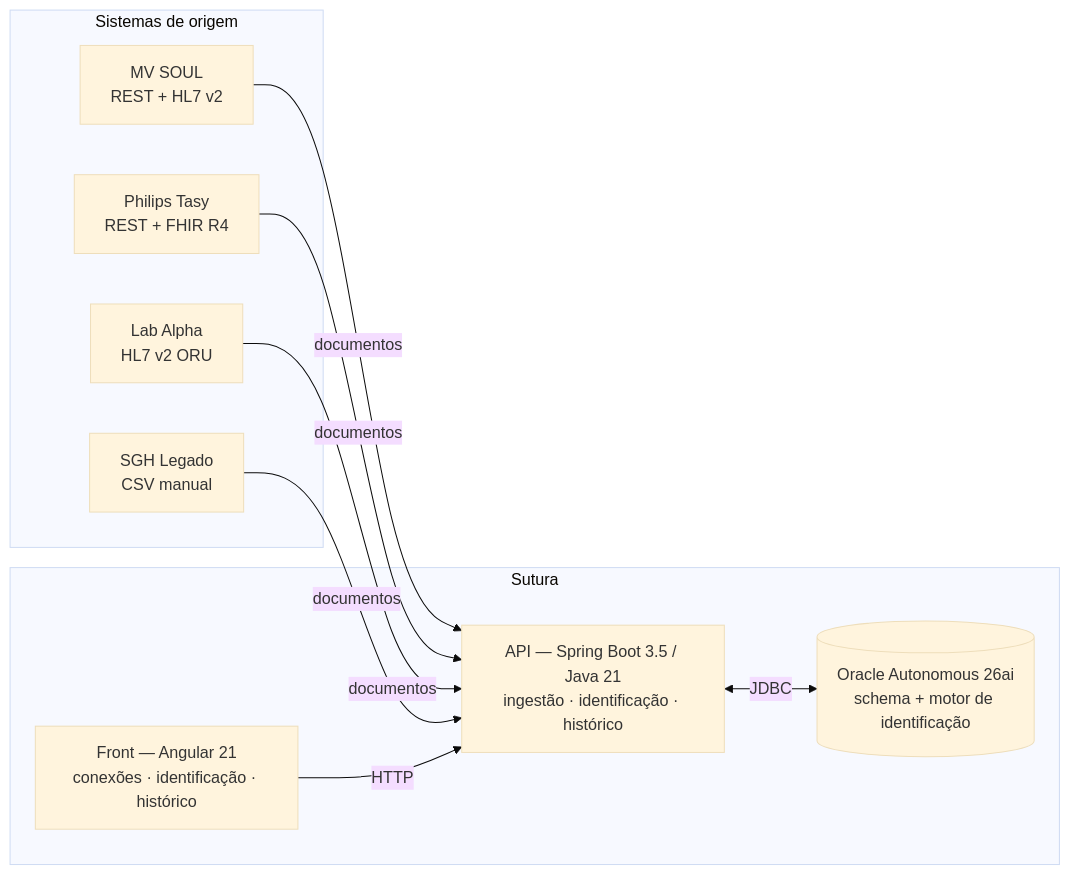
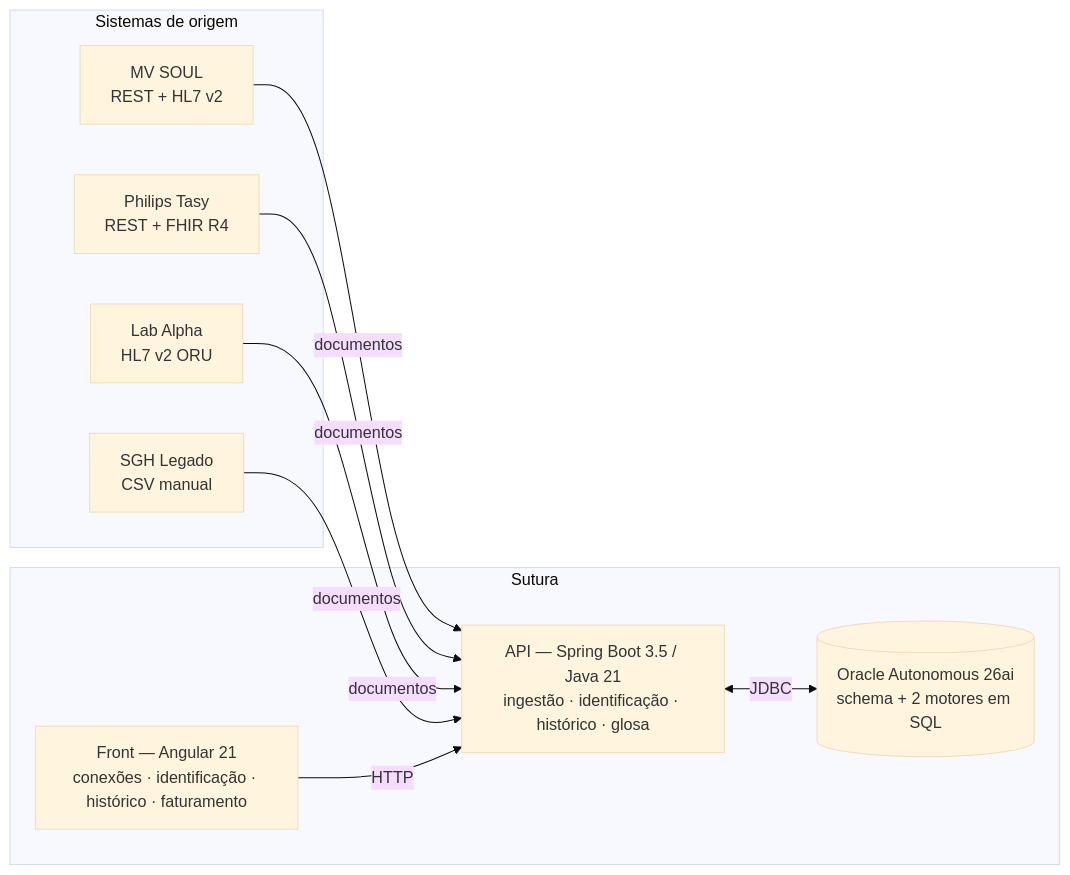
Before and after one commit to israelanacleto/sutura: the first of 4 diagrams in docs/arquitetura.md, drawn with Mermaid (base theme). The commit also changed other lines of this file and 5 other files, not shown here.

First line of the commit message:
Documenta validação técnica, roadmap e teste de usabilidade

````diff
--- a/docs/arquitetura.md
+++ b/docs/arquitetura.md
@@ -14,19 +19,19 @@
 ```mermaid
 flowchart LR
     subgraph origem["Sistemas de origem"]
         MV[MV SOUL<br/>REST + HL7 v2]
         TASY[Philips Tasy<br/>REST + FHIR R4]
         LAB[Lab Alpha<br/>HL7 v2 ORU]
         CSV[SGH Legado<br/>CSV manual]
     end
 
     subgraph sutura["Sutura"]
-        API["API — Spring Boot 3.5 / Java 21<br/>ingestão · identificação · histórico"]
-        DB[("Oracle Autonomous 26ai<br/>schema + motor de identificação")]
-        WEB["Front — Angular 21<br/>conexões · identificação · histórico"]
+        API["API — Spring Boot 3.5 / Java 21<br/>ingestão · identificação · histórico · glosa"]
+        DB[("Oracle Autonomous 26ai<br/>schema + 2 motores em SQL")]
+        WEB["Front — Angular 21<br/>conexões · identificação · histórico · faturamento"]
     end
 
     MV & TASY & LAB & CSV -->|documentos| API
     API <-->|JDBC| DB
     WEB -->|HTTP| API
 ```
````
